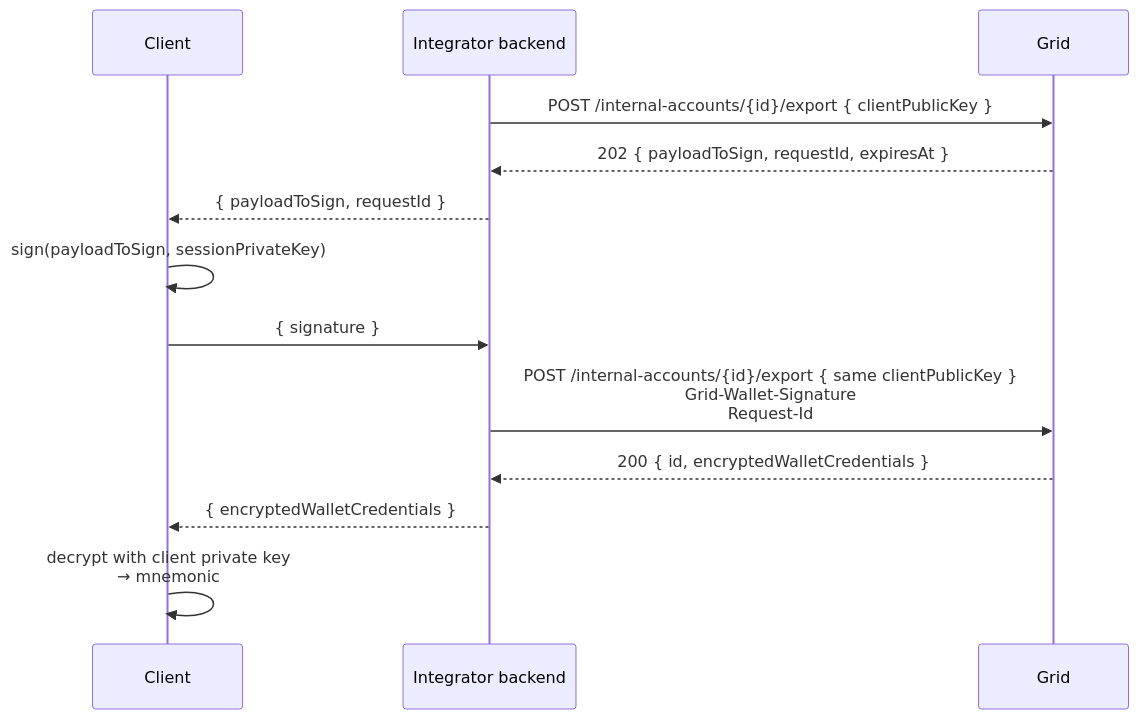
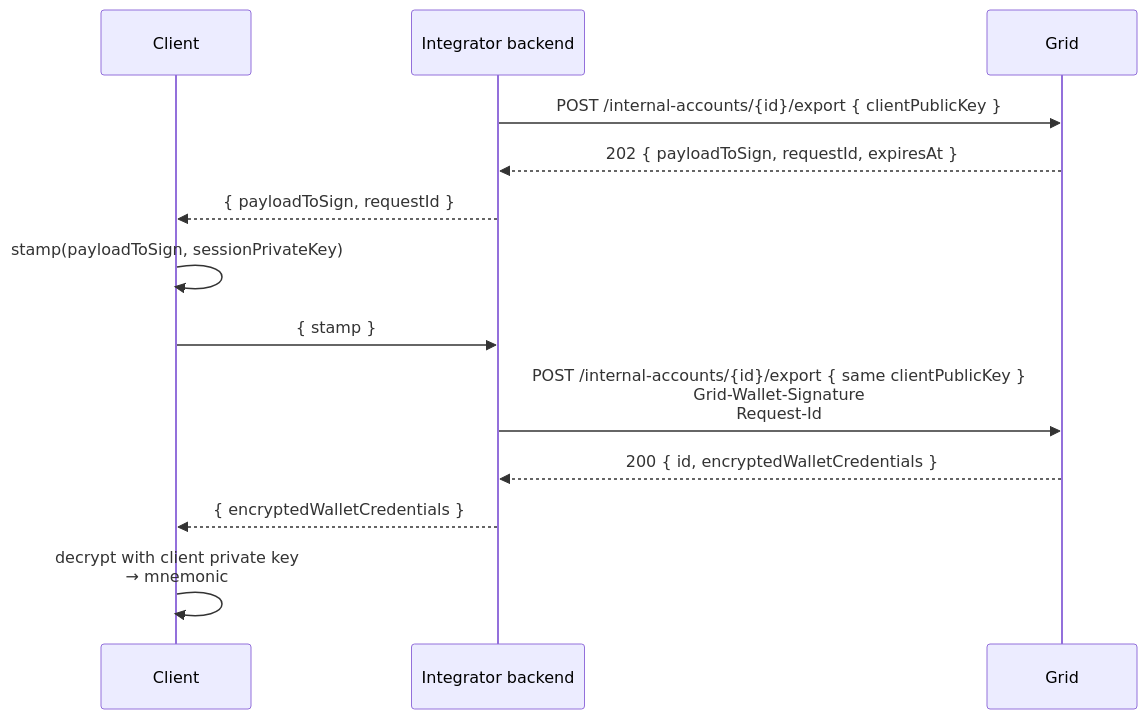
The diagram in mintlify/snippets/global-accounts/exporting-wallet.mdx (lightsparkdev/grid-api), drawn with Mermaid before and after one commit. The commit also changed other lines of this file and 12 other files, not shown here.

````diff
--- a/mintlify/snippets/global-accounts/exporting-wallet.mdx
+++ b/mintlify/snippets/global-accounts/exporting-wallet.mdx
@@ -7,16 +7,16 @@
 ```mermaid
 sequenceDiagram
   participant C as Client
   participant IB as Integrator backend
   participant G as Grid
 
   IB->>G: POST /internal-accounts/{id}/export { clientPublicKey }
   G-->>IB: 202 { payloadToSign, requestId, expiresAt }
   IB-->>C: { payloadToSign, requestId }
-  C->>C: sign(payloadToSign, sessionPrivateKey)
-  C->>IB: { signature }
+  C->>C: stamp(payloadToSign, sessionPrivateKey)
+  C->>IB: { stamp }
   IB->>G: POST /internal-accounts/{id}/export { same clientPublicKey }<br/>Grid-Wallet-Signature<br/>Request-Id
   G-->>IB: 200 { id, encryptedWalletCredentials }
   IB-->>C: { encryptedWalletCredentials }
   C->>C: decrypt with client private key<br/>→ mnemonic
 ```
````
